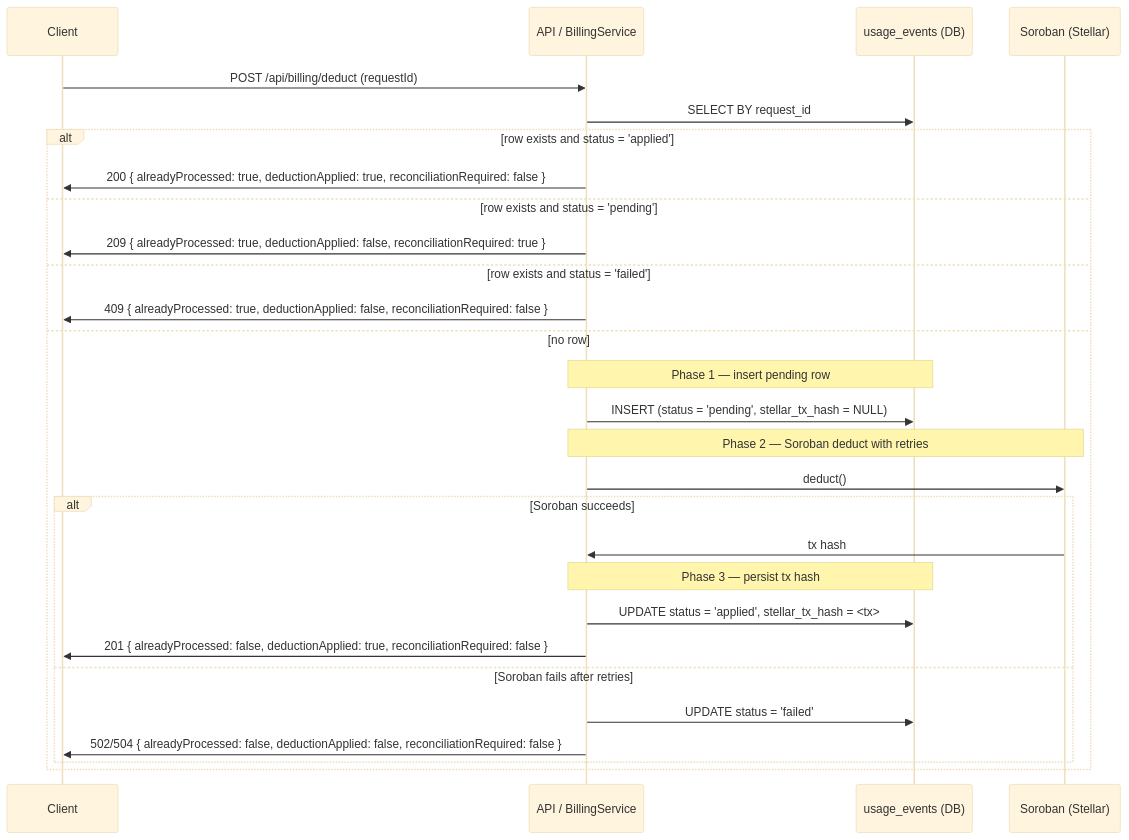
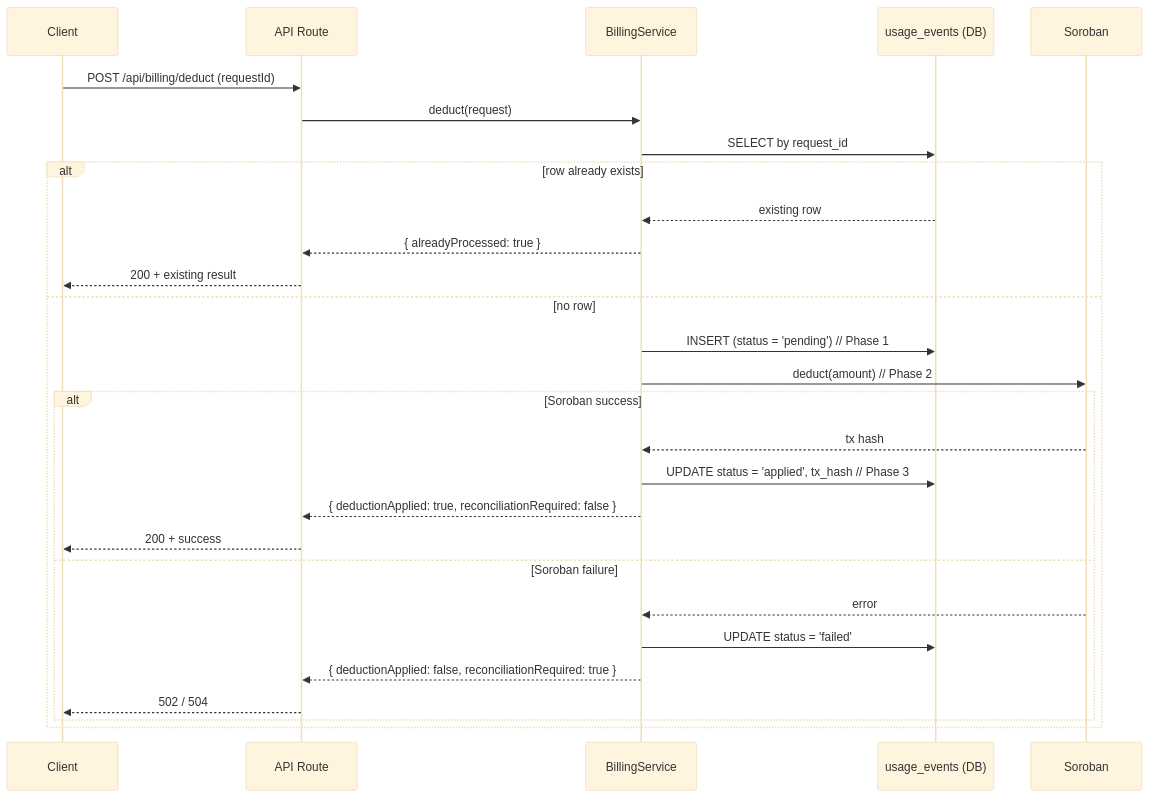
Before and after one commit to CalloraOrg/Callora-Backend: the diagram in docs/sdk/billing-deduct.md, drawn with Mermaid (base theme). The commit also changed other lines of this file and 2 other files, not shown here.

Commit message:
security: Diagram the three-phase billing deduct lifecycle (#1331)

````diff
--- a/docs/sdk/billing-deduct.md
+++ b/docs/sdk/billing-deduct.md
@@ -42,31 +47,31 @@
 ```mermaid
 sequenceDiagram
     participant C as Client
-    participant A as API / BillingService
+    participant A as API Route
+    participant B as BillingService
     participant D as usage_events (DB)
-    participant S as Soroban (Stellar)
+    participant S as Soroban
 
     C->>A: POST /api/billing/deduct (requestId)
-    A->>D: SELECT BY request_id
-    alt row exists and status = 'applied'
-        A->>C: 200 { alreadyProcessed: true, deductionApplied: true, reconciliationRequired: false }
-    else row exists and status = 'pending'
-        A->>C: 209 { alreadyProcessed: true, deductionApplied: false, reconciliationRequired: true }
-    else row exists and status = 'failed'
-        A->>C: 409 { alreadyProcessed: true, deductionApplied: false, reconciliationRequired: false }
+    A->>B: deduct(request)
+    B->>D: SELECT by request_id
+    alt row already exists
+        D-->>B: existing row
+        B-->>A: { alreadyProcessed: true }
+        A-->>C: 200 + existing result
     else no row
-        Note over A,D: Phase 1 — insert pending row
-        A->>D: INSERT (status = 'pending', stellar_tx_hash = NULL)
-        Note over A,S: Phase 2 — Soroban deduct with retries
-        A->>S: deduct()
-        alt Soroban succeeds
-            S->>A: tx hash
-            Note over A,D: Phase 3 — persist tx hash
-            A->>D: UPDATE status = 'applied', stellar_tx_hash = <tx>
-            A->>C: 201 { alreadyProcessed: false, deductionApplied: true, reconciliationRequired: false }
-        else Soroban fails after retries
-            A->>D: UPDATE status = 'failed'
-            A->>C: 502/504 { alreadyProcessed: false, deductionApplied: false, reconciliationRequired: false }
+        B->>D: INSERT (status = 'pending')  // Phase 1
+        B->>S: deduct(amount)                // Phase 2
+        alt Soroban success
+            S-->>B: tx hash
+            B->>D: UPDATE status = 'applied', tx_hash  // Phase 3
+            B-->>A: { deductionApplied: true, reconciliationRequired: false }
+            A-->>C: 200 + success
+        else Soroban failure
+            S-->>B: error
+            B->>D: UPDATE status = 'failed'
+            B-->>A: { deductionApplied: false, reconciliationRequired: true }
+            A-->>C: 502 / 504
         end
     end
 ```
````
